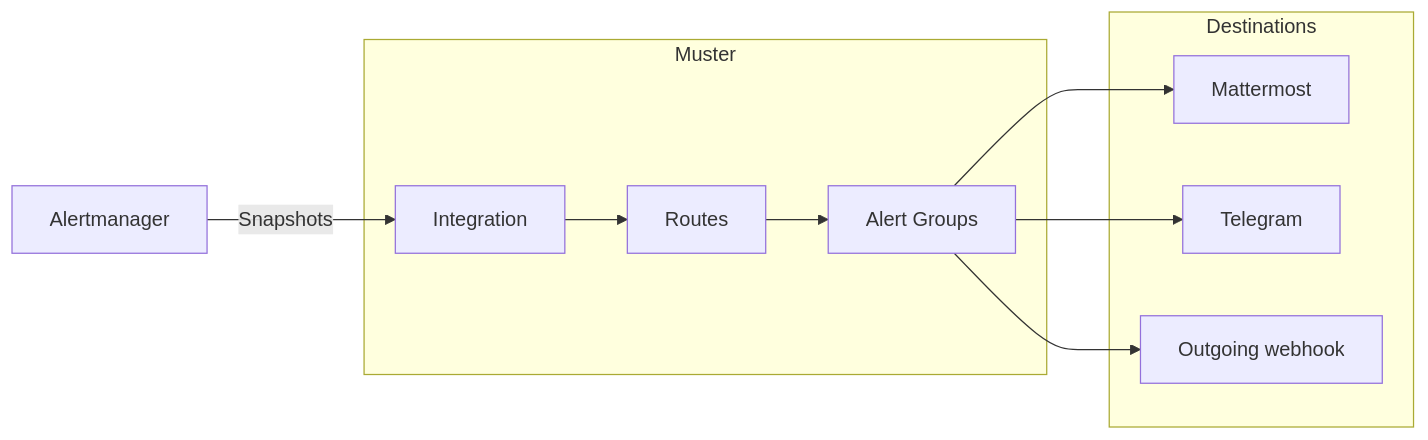
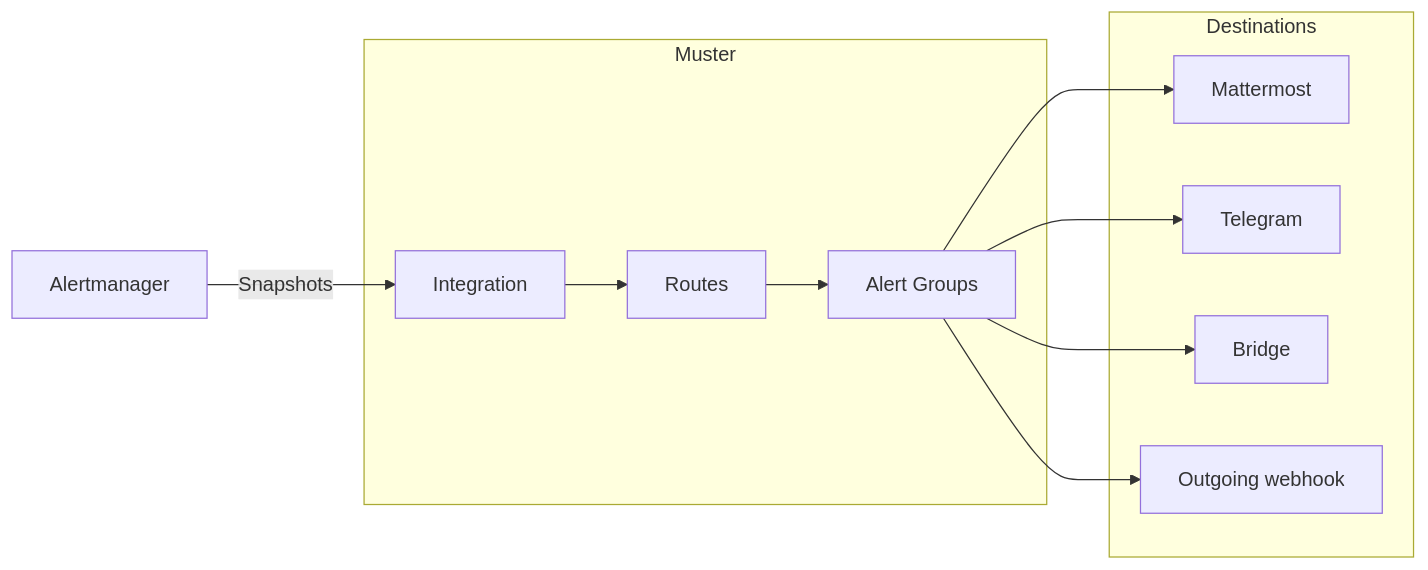
Before and after one commit to muster-io/muster: the diagram in docs/index.md, drawn with Mermaid. The commit also changed other lines of this file and 11 other files, not shown here.

````diff
--- a/docs/index.md
+++ b/docs/index.md
@@ -7,15 +7,17 @@
 ```mermaid
 flowchart LR
   am["Alertmanager"] -- "Snapshots" --> integration
   subgraph muster["Muster"]
     integration["Integration"] --> routes["Routes"] --> groups["Alert Groups"]
   end
   subgraph destinations["Destinations"]
     mm["Mattermost"]
     tg["Telegram"]
+    br["Bridge"]
     wh["Outgoing webhook"]
   end
   groups --> mm
   groups --> tg
+  groups --> br
   groups --> wh
 ```
````
